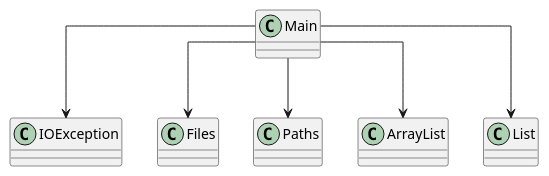
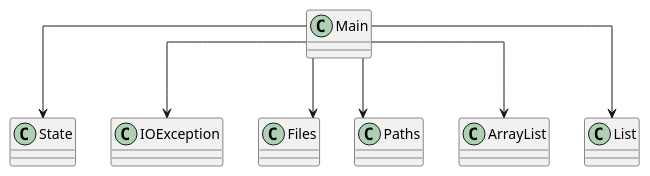
The diagram in diagram.puml (SirMathhman/Magma), drawn with PlantUML before and after one commit. The commit also changed 2 other files, not shown here.

```diff
--- a/diagram.puml
+++ b/diagram.puml
@@ -1,9 +1,10 @@
 @startuml
 skinparam linetype ortho
 class Main
+Main --> State
 Main --> IOException
 Main --> Files
 Main --> Paths
 Main --> ArrayList
 Main --> List
 @enduml
```
